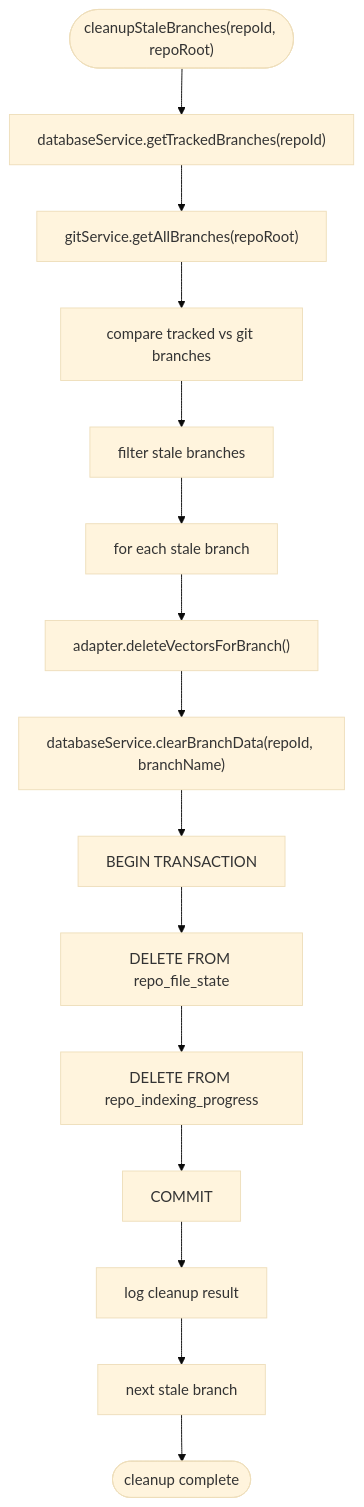
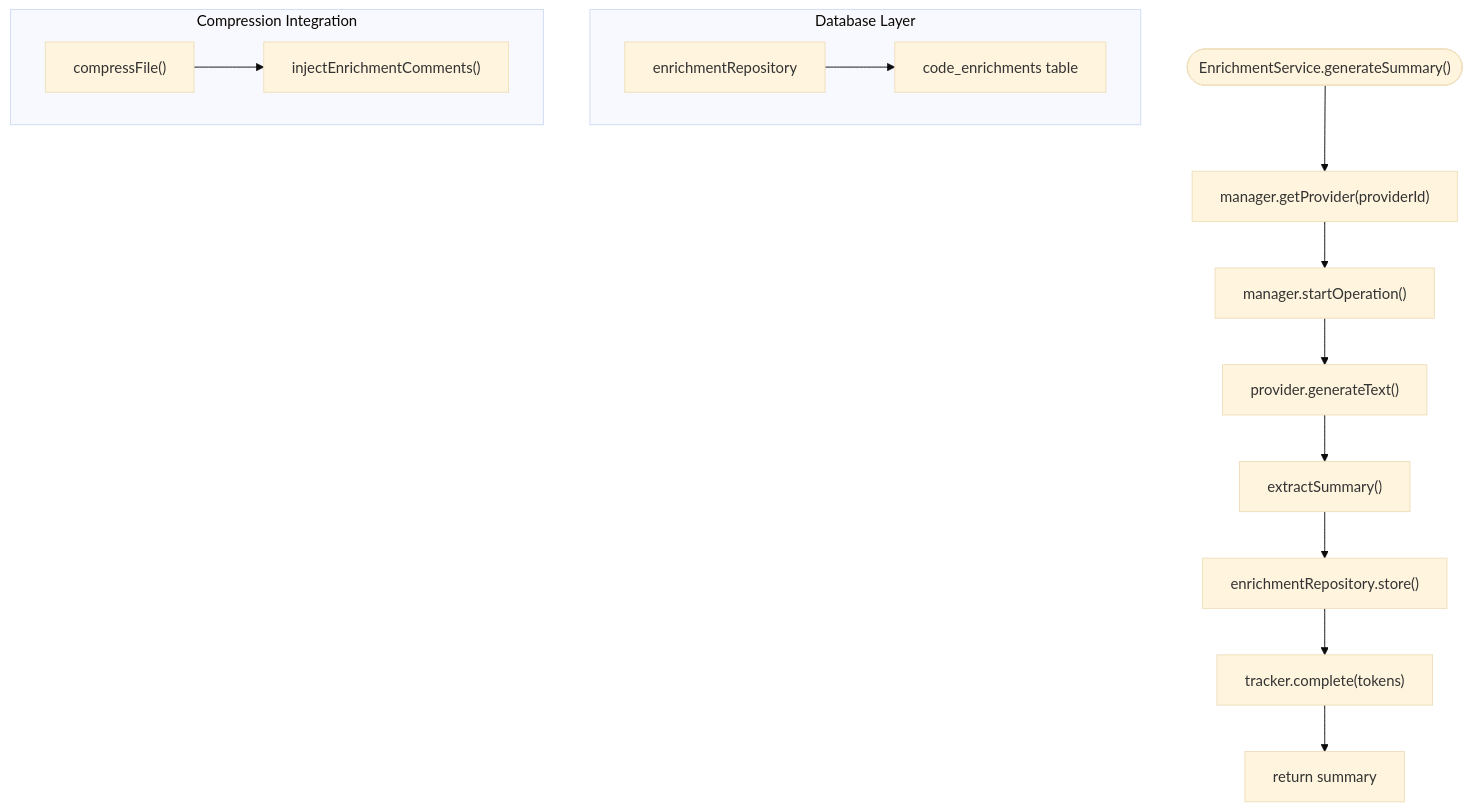
One commit to bramburn/repomix-runner changed the seventh of 10 diagrams in .qoder/repowiki/en/content/Core Features/Core Features.md. Above: the diagram before and after it, drawn with Mermaid (base theme). The commit also changed other lines of this file and 41 other files, not shown here.

````diff
--- a/.qoder/repowiki/en/content/Core Features/Core Features.md
+++ b/.qoder/repowiki/en/content/Core Features/Core Features.md
@@ -488,17 +602,20 @@
 ```mermaid
 flowchart TD
-Start(["cleanupStaleBranches(repoId, repoRoot)"]) --> GetTracked["databaseService.getTrackedBranches(repoId)"]
-GetTracked --> GetGit["gitService.getAllBranches(repoRoot)"]
-GetGit --> Compare["compare tracked vs git branches"]
-Compare --> Stale["filter stale branches"]
-Stale --> Loop["for each stale branch"]
-Loop --> DeleteVec["adapter.deleteVectorsForBranch()"]
-DeleteVec --> ClearDB["databaseService.clearBranchData(repoId, branchName)"]
-ClearDB --> Txn["BEGIN TRANSACTION"]
-Txn --> DeleteFS["DELETE FROM repo_file_state"]
-DeleteFS --> DeleteIP["DELETE FROM repo_indexing_progress"]
-DeleteIP --> Commit["COMMIT"]
-Commit --> Log["log cleanup result"]
-Log --> Next["next stale branch"]
-Next --> Done(["cleanup complete"])
+Start(["EnrichmentService.generateSummary()"]) --> GetProvider["manager.getProvider(providerId)"]
+GetProvider --> StartOp["manager.startOperation()"]
+StartOp --> Generate["provider.generateText()"]
+Generate --> Extract["extractSummary()"]
+Extract --> Store["enrichmentRepository.store()"]
+Store --> Complete["tracker.complete(tokens)"]
+Complete --> Return["return summary"]
+subgraph "Database Layer"
+Repo["enrichmentRepository"]
+Table["code_enrichments table"]
+Repo --> Table
+end
+subgraph "Compression Integration"
+Comp["compressFile()"]
+Inject["injectEnrichmentComments()"]
+Comp --> Inject
+end
 ```
````
